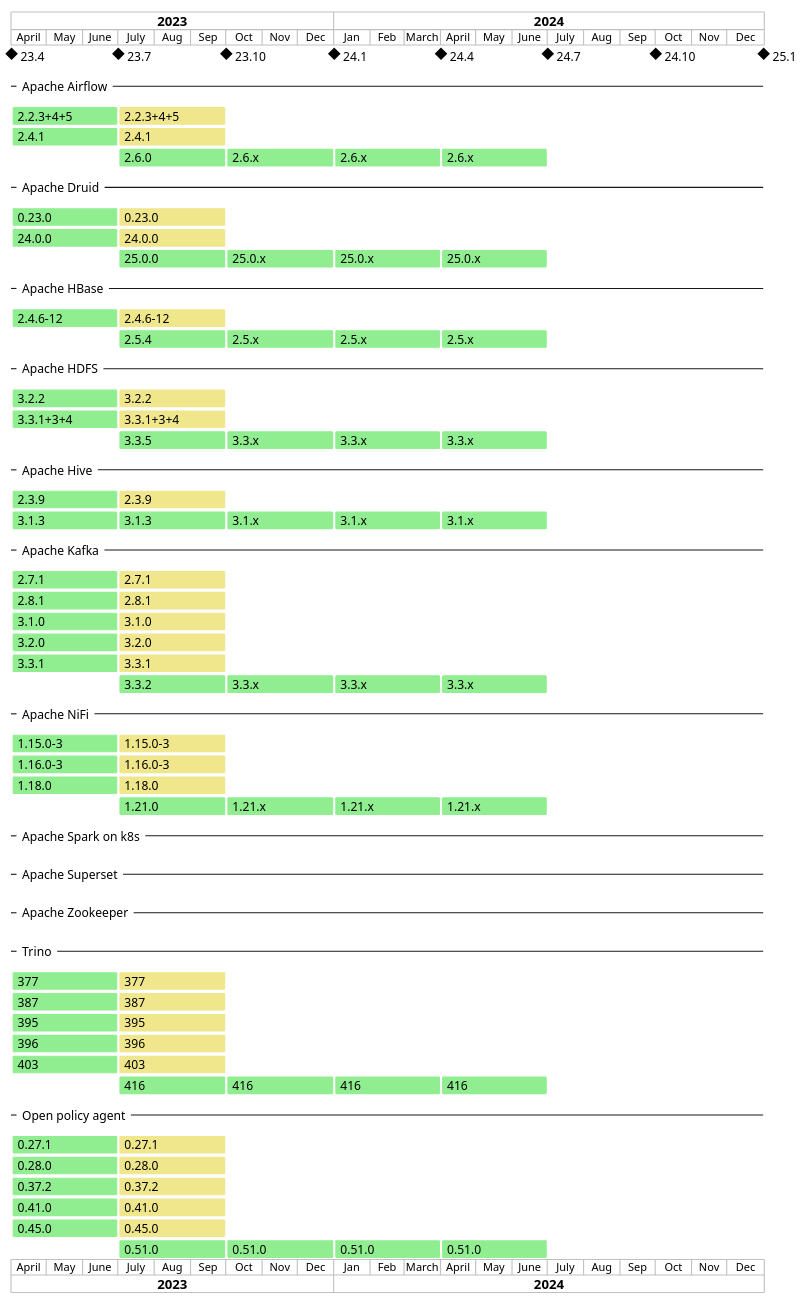
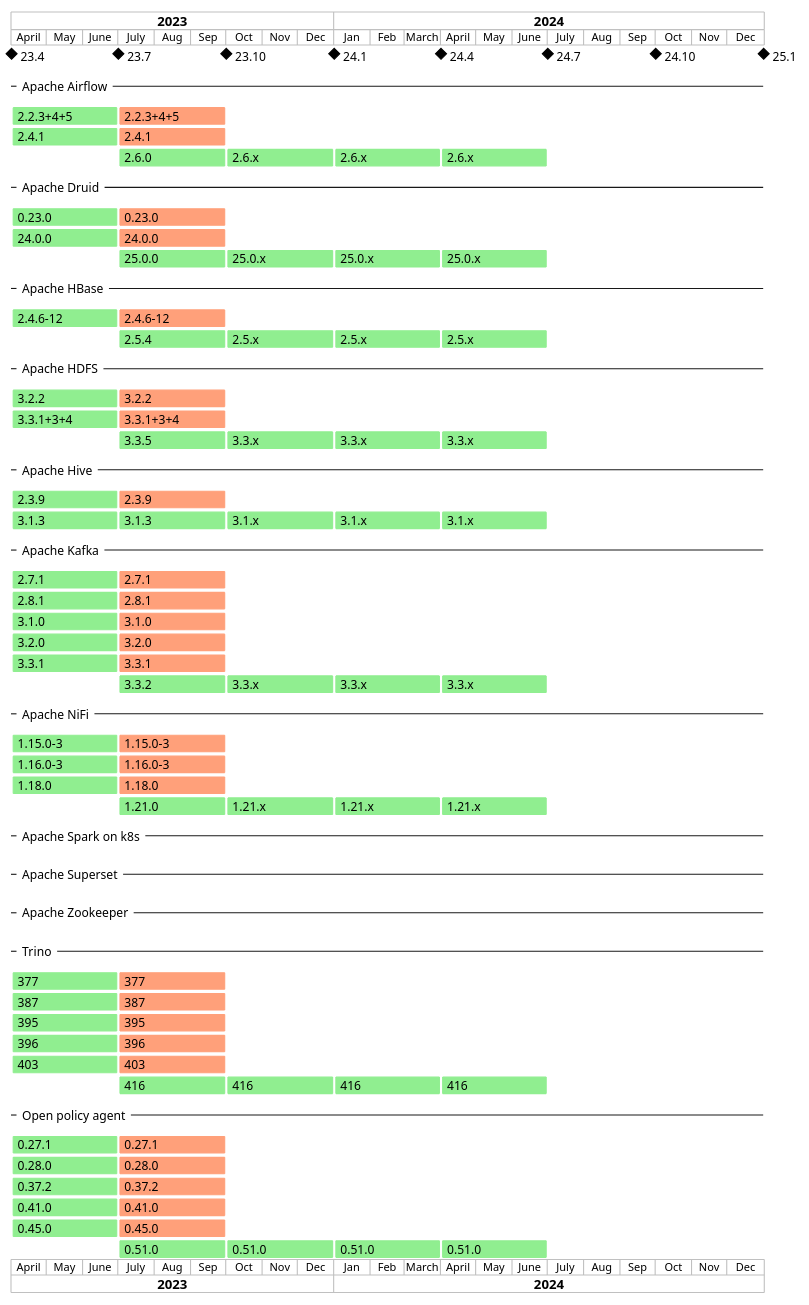
The diagram in modules/contributor/images/adr/29-product-versions.plantuml (stackabletech/documentation), drawn with PlantUML before and after one commit. The commit also changed 3 other files, not shown here.

```diff
--- a/modules/contributor/images/adr/29-product-versions.plantuml
+++ b/modules/contributor/images/adr/29-product-versions.plantuml
@@ -1,178 +1,178 @@
 @startgantt product-versions
 printscale monthly
 Project starts the 2023-04-01
 
 [23.4]  happens 2023-04-01
 [23.7]  happens 2023-07-01 and displays on same row as [23.4]
 [23.10] happens 2023-10-01 and displays on same row as [23.4]
 [24.1]  happens 2024-01-01 and displays on same row as [23.4]
 [24.4]  happens 2024-04-01 and displays on same row as [23.4]
 [24.7]  happens 2024-07-01 and displays on same row as [23.4]
 [24.10] happens 2024-10-01 and displays on same row as [23.4]
 [25.1]  happens 2025-01-01 and displays on same row as [23.4]
 
 -- Apache Airflow --
 [2.2.3+4+5]    starts 2023-04-01 and ends 2023-07-01 and is colored in LightGreen
-[2.2.3+4+5 ]   starts 2023-07-01 and ends 2023-10-01 and is colored in Khaki
+[2.2.3+4+5 ]   starts 2023-07-01 and ends 2023-10-01 and is colored in LightSalmon
 [2.2.3+4+5 ]   displays on same row as [2.2.3+4+5]
 [2.4.1]        starts 2023-04-01 and ends 2023-07-01 and is colored in LightGreen
-[2.4.1 ]       starts 2023-07-01 and ends 2023-10-01 and is colored in Khaki
+[2.4.1 ]       starts 2023-07-01 and ends 2023-10-01 and is colored in LightSalmon
 [2.4.1 ]       displays on same row as [2.4.1]
 [2.6.0]        starts 2023-07-01 and ends 2023-10-01 and is colored in LightGreen
 [2.6.x]        starts 2023-10-01 and ends 2024-01-01 and is colored in LightGreen
 [2.6.x]        displays on same row as [2.6.0]
 [2.6.x ]       starts 2024-01-01 and ends 2024-04-01 and is colored in LightGreen
 [2.6.x ]       displays on same row as [2.6.0]
 [2.6.x  ]      starts 2024-04-01 and ends 2024-07-01 and is colored in LightGreen
 [2.6.x  ]      displays on same row as [2.6.0]
 
 -- Apache Druid --
 [0.23.0]       starts 2023-04-01 and ends 2023-07-01 and is colored in LightGreen
-[0.23.0 ]      starts 2023-07-01 and ends 2023-10-01 and is colored in Khaki
+[0.23.0 ]      starts 2023-07-01 and ends 2023-10-01 and is colored in LightSalmon
 [0.23.0 ]      displays on same row as [0.23.0]
 [24.0.0]       starts 2023-04-01 and ends 2023-07-01 and is colored in LightGreen
-[24.0.0 ]      starts 2023-07-01 and ends 2023-10-01 and is colored in Khaki
+[24.0.0 ]      starts 2023-07-01 and ends 2023-10-01 and is colored in LightSalmon
 [24.0.0 ]      displays on same row as [24.0.0]
 [25.0.0]       starts 2023-07-01 and ends 2023-10-01 and is colored in LightGreen
 [25.0.x]       starts 2023-10-01 and ends 2024-01-01 and is colored in LightGreen
 [25.0.x]       displays on same row as [25.0.0]
 [25.0.x ]      starts 2024-01-01 and ends 2024-04-01 and is colored in LightGreen
 [25.0.x ]      displays on same row as [25.0.0]
 [25.0.x  ]     starts 2024-04-01 and ends 2024-07-01 and is colored in LightGreen
 [25.0.x  ]     displays on same row as [25.0.0]
 
 -- Apache HBase --
 [2.4.6-12]     starts 2023-04-01 and ends 2023-07-01 and is colored in LightGreen
-[2.4.6-12 ]    starts 2023-07-01 and ends 2023-10-01 and is colored in Khaki
+[2.4.6-12 ]    starts 2023-07-01 and ends 2023-10-01 and is colored in LightSalmon
 [2.4.6-12 ]    displays on same row as [2.4.6-12]
 [2.5.4]        starts 2023-07-01 and ends 2023-10-01 and is colored in LightGreen
 [2.5.x]        starts 2023-10-01 and ends 2024-01-01 and is colored in LightGreen
 [2.5.x]        displays on same row as [2.5.4]
 [2.5.x ]       starts 2024-01-01 and ends 2024-04-01 and is colored in LightGreen
 [2.5.x ]       displays on same row as [2.5.4]
 [2.5.x  ]      starts 2024-04-01 and ends 2024-07-01 and is colored in LightGreen
 [2.5.x  ]      displays on same row as [2.5.4]
 
 -- Apache HDFS --
 [3.2.2]        starts 2023-04-01 and ends 2023-07-01 and is colored in LightGreen
-[3.2.2 ]       starts 2023-07-01 and ends 2023-10-01 and is colored in Khaki
+[3.2.2 ]       starts 2023-07-01 and ends 2023-10-01 and is colored in LightSalmon
 [3.2.2 ]       displays on same row as [3.2.2]
 [3.3.1+3+4]    starts 2023-04-01 and ends 2023-07-01 and is colored in LightGreen
-[3.3.1+3+4 ]   starts 2023-07-01 and ends 2023-10-01 and is colored in Khaki
+[3.3.1+3+4 ]   starts 2023-07-01 and ends 2023-10-01 and is colored in LightSalmon
 [3.3.1+3+4 ]   displays on same row as [3.3.1+3+4]
 [3.3.5]        starts 2023-07-01 and ends 2023-10-01 and is colored in LightGreen
 [3.3.x]        starts 2023-10-01 and ends 2024-01-01 and is colored in LightGreen
 [3.3.x]        displays on same row as [3.3.5]
 [3.3.x ]       starts 2024-01-01 and ends 2024-04-01 and is colored in LightGreen
 [3.3.x ]       displays on same row as [3.3.5]
 [3.3.x  ]      starts 2024-04-01 and ends 2024-07-01 and is colored in LightGreen
 [3.3.x  ]      displays on same row as [3.3.5]
 
 -- Apache Hive --
 [2.3.9]        starts 2023-04-01 and ends 2023-07-01 and is colored in LightGreen
-[2.3.9 ]       starts 2023-07-01 and ends 2023-10-01 and is colored in Khaki
+[2.3.9 ]       starts 2023-07-01 and ends 2023-10-01 and is colored in LightSalmon
 [2.3.9 ]       displays on same row as [2.3.9]
 [3.1.3]        starts 2023-04-01 and ends 2023-07-01 and is colored in LightGreen
 [3.1.3 ]       starts 2023-07-01 and ends 2023-10-01 and is colored in LightGreen
 [3.1.3 ]       displays on same row as [3.1.3]
 [3.1.x ]       starts 2023-10-01 and ends 2024-01-01 and is colored in LightGreen
 [3.1.x ]       displays on same row as [3.1.3]
 [3.1.x  ]      starts 2024-01-01 and ends 2024-04-01 and is colored in LightGreen
 [3.1.x  ]      displays on same row as [3.1.3]
 [3.1.x   ]     starts 2024-04-01 and ends 2024-07-01 and is colored in LightGreen
 [3.1.x   ]     displays on same row as [3.1.3]
 
 -- Apache Kafka --
 [2.7.1]        starts 2023-04-01 and ends 2023-07-01 and is colored in LightGreen
-[2.7.1 ]       starts 2023-07-01 and ends 2023-10-01 and is colored in Khaki
+[2.7.1 ]       starts 2023-07-01 and ends 2023-10-01 and is colored in LightSalmon
 [2.7.1 ]       displays on same row as [2.7.1]
 [2.8.1]        starts 2023-04-01 and ends 2023-07-01 and is colored in LightGreen
-[2.8.1 ]       starts 2023-07-01 and ends 2023-10-01 and is colored in Khaki
+[2.8.1 ]       starts 2023-07-01 and ends 2023-10-01 and is colored in LightSalmon
 [2.8.1 ]       displays on same row as [2.8.1]
 [3.1.0]        starts 2023-04-01 and ends 2023-07-01 and is colored in LightGreen
-[3.1.0 ]       starts 2023-07-01 and ends 2023-10-01 and is colored in Khaki
+[3.1.0 ]       starts 2023-07-01 and ends 2023-10-01 and is colored in LightSalmon
 [3.1.0 ]       displays on same row as [3.1.0]
 [3.2.0]        starts 2023-04-01 and ends 2023-07-01 and is colored in LightGreen
-[3.2.0 ]       starts 2023-07-01 and ends 2023-10-01 and is colored in Khaki
+[3.2.0 ]       starts 2023-07-01 and ends 2023-10-01 and is colored in LightSalmon
 [3.2.0 ]       displays on same row as [3.2.0]
 [3.3.1]        starts 2023-04-01 and ends 2023-07-01 and is colored in LightGreen
-[3.3.1 ]       starts 2023-07-01 and ends 2023-10-01 and is colored in Khaki
+[3.3.1 ]       starts 2023-07-01 and ends 2023-10-01 and is colored in LightSalmon
 [3.3.1 ]       displays on same row as [3.3.1]
 [3.3.2]        starts 2023-07-01 and ends 2023-10-01 and is colored in LightGreen
 [3.3.x   ]     starts 2023-10-01 and ends 2024-01-01 and is colored in LightGreen
 [3.3.x   ]     displays on same row as [3.3.2]
 [3.3.x    ]    starts 2024-01-01 and ends 2024-04-01 and is colored in LightGreen
 [3.3.x    ]    displays on same row as [3.3.2]
 [3.3.x     ]   starts 2024-04-01 and ends 2024-07-01 and is colored in LightGreen
 [3.3.x     ]   displays on same row as [3.3.2]
 
 -- Apache NiFi --
 [1.15.0-3]     starts 2023-04-01 and ends 2023-07-01 and is colored in LightGreen
-[1.15.0-3 ]    starts 2023-07-01 and ends 2023-10-01 and is colored in Khaki
+[1.15.0-3 ]    starts 2023-07-01 and ends 2023-10-01 and is colored in LightSalmon
 [1.15.0-3 ]    displays on same row as [1.15.0-3]
 [1.16.0-3]     starts 2023-04-01 and ends 2023-07-01 and is colored in LightGreen
-[1.16.0-3 ]    starts 2023-07-01 and ends 2023-10-01 and is colored in Khaki
+[1.16.0-3 ]    starts 2023-07-01 and ends 2023-10-01 and is colored in LightSalmon
 [1.16.0-3 ]    displays on same row as [1.16.0-3]
 [1.18.0]     starts 2023-04-01 and ends 2023-07-01 and is colored in LightGreen
-[1.18.0 ]    starts 2023-07-01 and ends 2023-10-01 and is colored in Khaki
+[1.18.0 ]    starts 2023-07-01 and ends 2023-10-01 and is colored in LightSalmon
 [1.18.0 ]    displays on same row as [1.18.0]
 [1.21.0]       starts 2023-07-01 and ends 2023-10-01 and is colored in LightGreen
 [1.21.x]       starts 2023-10-01 and ends 2024-01-01 and is colored in LightGreen
 [1.21.x]       displays on same row as [1.21.0]
 [1.21.x ]      starts 2024-01-01 and ends 2024-04-01 and is colored in LightGreen
 [1.21.x ]      displays on same row as [1.21.0]
 [1.21.x  ]     starts 2024-04-01 and ends 2024-07-01 and is colored in LightGreen
 [1.21.x  ]     displays on same row as [1.21.0]
 
 -- Apache Spark on k8s --
 -- Apache Superset --
 -- Apache Zookeeper --
 -- Trino --
 [377]          starts 2023-04-01 and ends 2023-07-01 and is colored in LightGreen
-[377 ]         starts 2023-07-01 and ends 2023-10-01 and is colored in Khaki
+[377 ]         starts 2023-07-01 and ends 2023-10-01 and is colored in LightSalmon
 [377 ]         displays on same row as [377]
 [387]          starts 2023-04-01 and ends 2023-07-01 and is colored in LightGreen
-[387 ]         starts 2023-07-01 and ends 2023-10-01 and is colored in Khaki
+[387 ]         starts 2023-07-01 and ends 2023-10-01 and is colored in LightSalmon
 [387 ]         displays on same row as [387]
 [395]          starts 2023-04-01 and ends 2023-07-01 and is colored in LightGreen
-[395 ]         starts 2023-07-01 and ends 2023-10-01 and is colored in Khaki
+[395 ]         starts 2023-07-01 and ends 2023-10-01 and is colored in LightSalmon
 [395 ]         displays on same row as [395]
 [396]          starts 2023-04-01 and ends 2023-07-01 and is colored in LightGreen
-[396 ]         starts 2023-07-01 and ends 2023-10-01 and is colored in Khaki
+[396 ]         starts 2023-07-01 and ends 2023-10-01 and is colored in LightSalmon
 [396 ]         displays on same row as [396]
 [403]          starts 2023-04-01 and ends 2023-07-01 and is colored in LightGreen
-[403 ]         starts 2023-07-01 and ends 2023-10-01 and is colored in Khaki
+[403 ]         starts 2023-07-01 and ends 2023-10-01 and is colored in LightSalmon
 [403 ]         displays on same row as [403]
 [416]          starts 2023-07-01 and ends 2023-10-01 and is colored in LightGreen
 [416 ]         starts 2023-10-01 and ends 2024-01-01 and is colored in LightGreen
 [416 ]         displays on same row as [416]
 [416  ]        starts 2024-01-01 and ends 2024-04-01 and is colored in LightGreen
 [416  ]        displays on same row as [416]
 [416   ]       starts 2024-04-01 and ends 2024-07-01 and is colored in LightGreen
 [416   ]       displays on same row as [416]
 
 -- Open policy agent --
 [0.27.1]       starts 2023-04-01 and ends 2023-07-01 and is colored in LightGreen
-[0.27.1 ]      starts 2023-07-01 and ends 2023-10-01 and is colored in Khaki
+[0.27.1 ]      starts 2023-07-01 and ends 2023-10-01 and is colored in LightSalmon
 [0.27.1 ]      displays on same row as [0.27.1]
 [0.28.0]       starts 2023-04-01 and ends 2023-07-01 and is colored in LightGreen
-[0.28.0 ]      starts 2023-07-01 and ends 2023-10-01 and is colored in Khaki
+[0.28.0 ]      starts 2023-07-01 and ends 2023-10-01 and is colored in LightSalmon
 [0.28.0 ]      displays on same row as [0.28.0]
 [0.37.2]       starts 2023-04-01 and ends 2023-07-01 and is colored in LightGreen
-[0.37.2 ]      starts 2023-07-01 and ends 2023-10-01 and is colored in Khaki
+[0.37.2 ]      starts 2023-07-01 and ends 2023-10-01 and is colored in LightSalmon
 [0.37.2 ]      displays on same row as [0.37.2]
 [0.41.0]       starts 2023-04-01 and ends 2023-07-01 and is colored in LightGreen
-[0.41.0 ]      starts 2023-07-01 and ends 2023-10-01 and is colored in Khaki
+[0.41.0 ]      starts 2023-07-01 and ends 2023-10-01 and is colored in LightSalmon
 [0.41.0 ]      displays on same row as [0.41.0]
 [0.45.0]       starts 2023-04-01 and ends 2023-07-01 and is colored in LightGreen
-[0.45.0 ]      starts 2023-07-01 and ends 2023-10-01 and is colored in Khaki
+[0.45.0 ]      starts 2023-07-01 and ends 2023-10-01 and is colored in LightSalmon
 [0.45.0 ]      displays on same row as [0.45.0]
 [0.51.0]       starts 2023-07-01 and ends 2023-10-01 and is colored in LightGreen
 [0.51.0 ]      starts 2023-10-01 and ends 2024-01-01 and is colored in LightGreen
 [0.51.0 ]      displays on same row as [0.51.0]
 [0.51.0  ]     starts 2024-01-01 and ends 2024-04-01 and is colored in LightGreen
 [0.51.0  ]     displays on same row as [0.51.0]
 [0.51.0   ]    starts 2024-04-01 and ends 2024-07-01 and is colored in LightGreen
 [0.51.0   ]    displays on same row as [0.51.0]
 
 @endgantt
```
